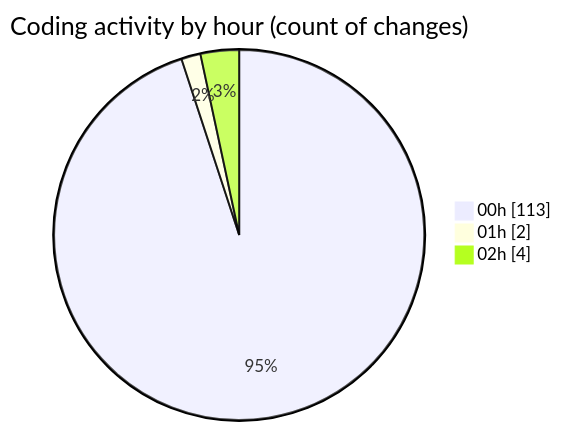
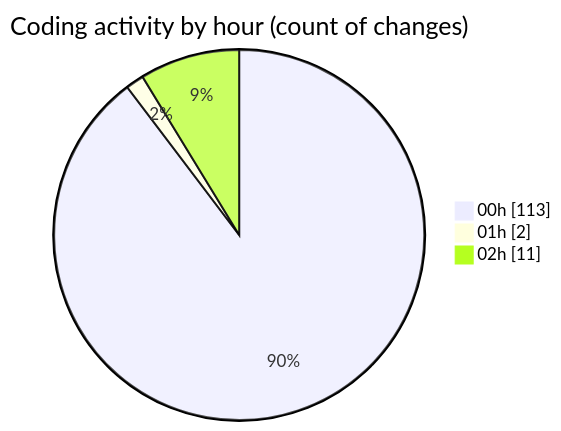
One commit to lephambinh05/code-tracking changed the second of 2 diagrams in 2025-08-06/napxuvn/README.md. Above: the diagram before and after it, drawn with Mermaid. The commit also changed other lines of this file and 1 other file, not shown here.

````diff
--- a/2025-08-06/napxuvn/README.md
+++ b/2025-08-06/napxuvn/README.md
@@ -96,7 +99,7 @@
 ```mermaid
 pie showData
 title Coding activity by hour (count of changes)
 "00h" : 113
 "01h" : 2
-"02h" : 4
+"02h" : 11
 ```
````
